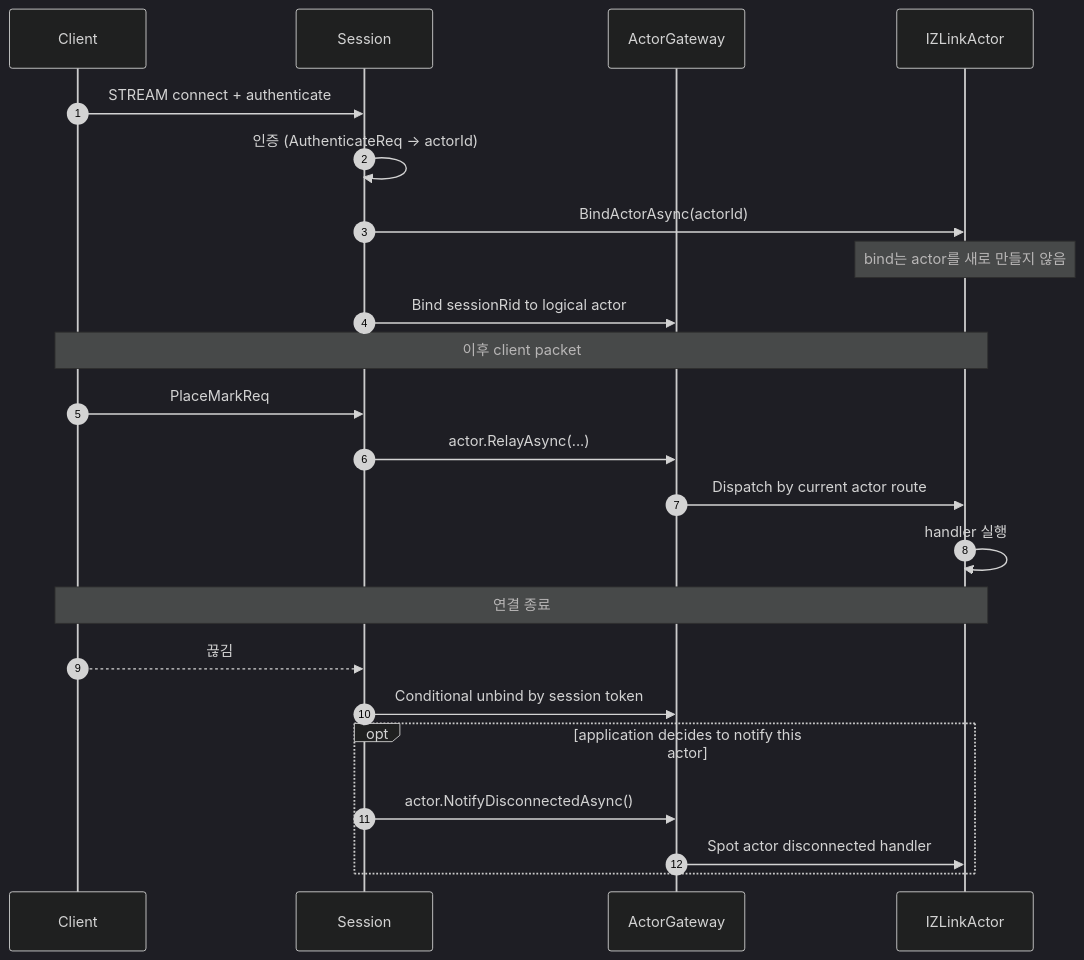
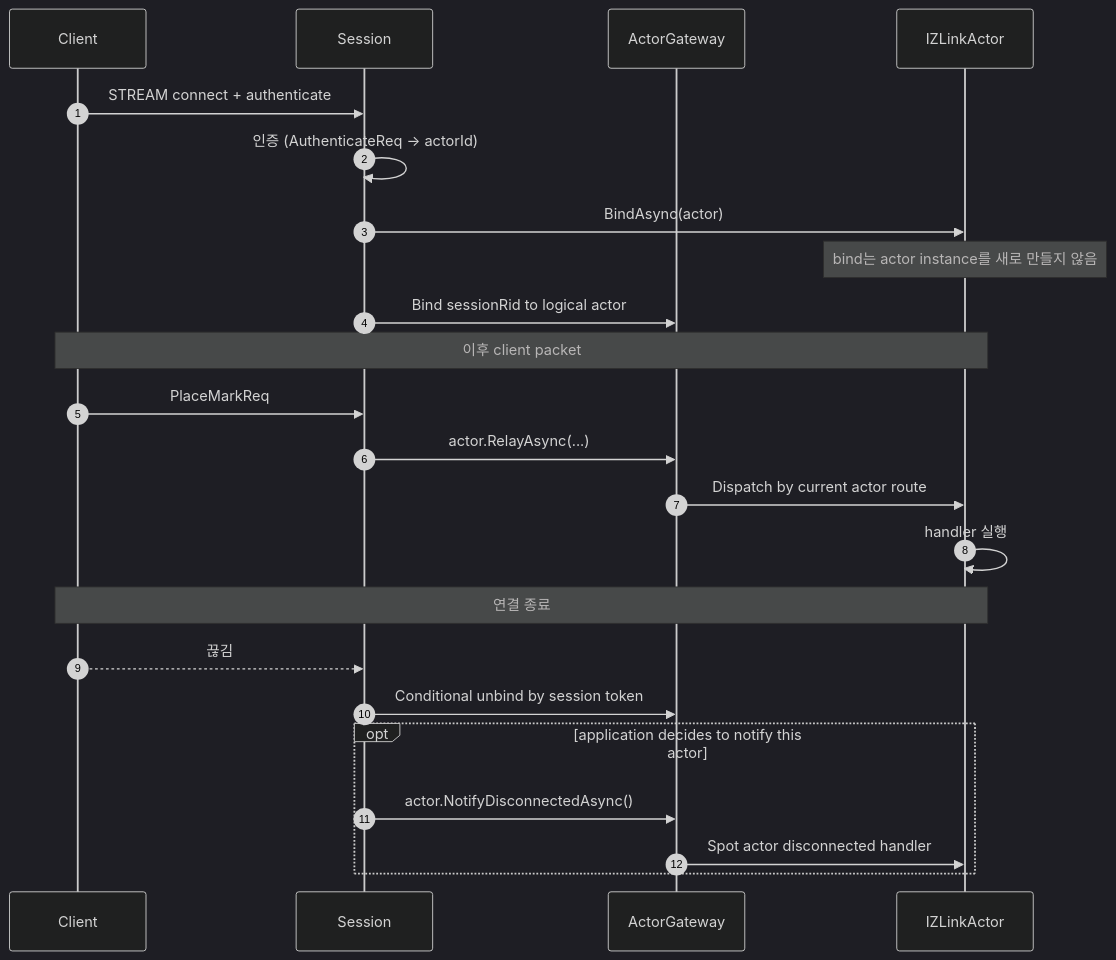
The second of 3 diagrams in framework/languages/dotnet/doc/spec/aspnet-core-actor.ko.md (kairos-code-dev/zlink), drawn with Mermaid (dark theme) before and after one commit. The commit also changed other lines of this file and 116 other files, not shown here.

````diff
--- a/framework/languages/dotnet/doc/spec/aspnet-core-actor.ko.md
+++ b/framework/languages/dotnet/doc/spec/aspnet-core-actor.ko.md
@@ -766,28 +759,28 @@
 ```mermaid
 sequenceDiagram
     autonumber
     participant C as Client
     participant S as Session
     participant G as ActorGateway
     participant Act as IZLinkActor
 
     C->>S: STREAM connect + authenticate
     S->>S: 인증 (AuthenticateReq → actorId)
-    S->>Act: BindActorAsync(actorId)
-    Note over Act: bind는 actor를 새로 만들지 않음
+    S->>Act: BindAsync(actor)
+    Note over Act: bind는 actor instance를 새로 만들지 않음
     S->>G: Bind sessionRid to logical actor
 
     Note over C,Act: 이후 client packet
     C->>S: PlaceMarkReq
     S->>G: actor.RelayAsync(...)
     G->>Act: Dispatch by current actor route
     Act->>Act: handler 실행
 
     Note over C,Act: 연결 종료
     C-->>S: 끊김
     S->>G: Conditional unbind by session token
     opt application decides to notify this actor
         S->>G: actor.NotifyDisconnectedAsync()
         G->>Act: Spot actor disconnected handler
     end
 ```
````
